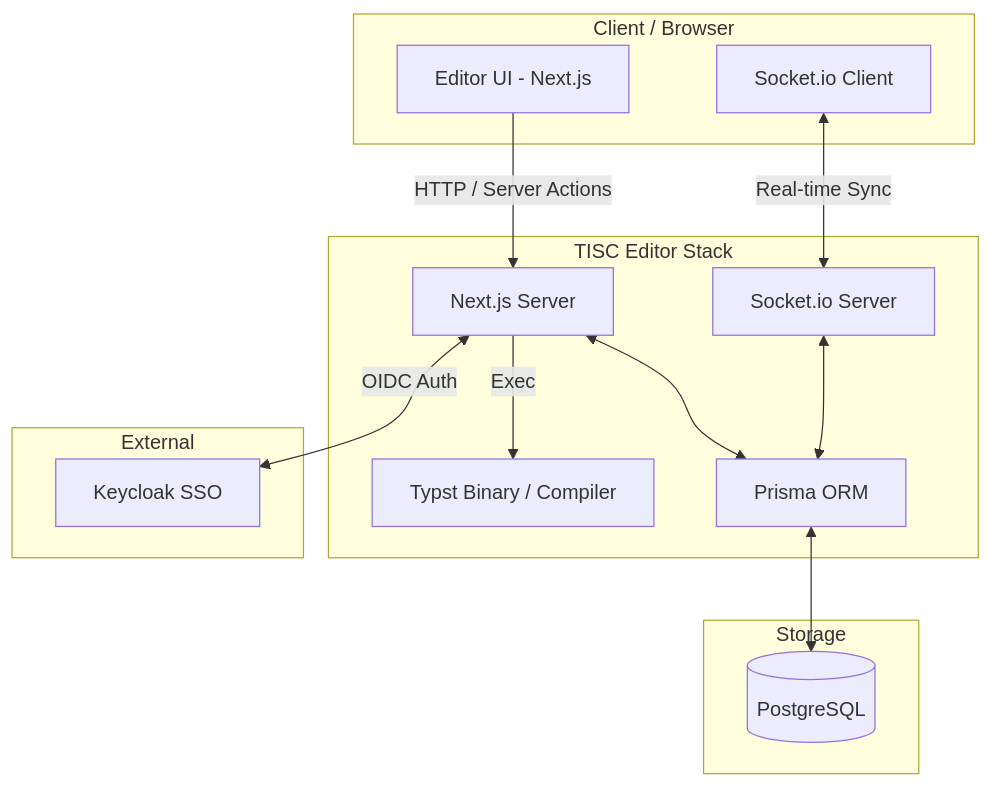
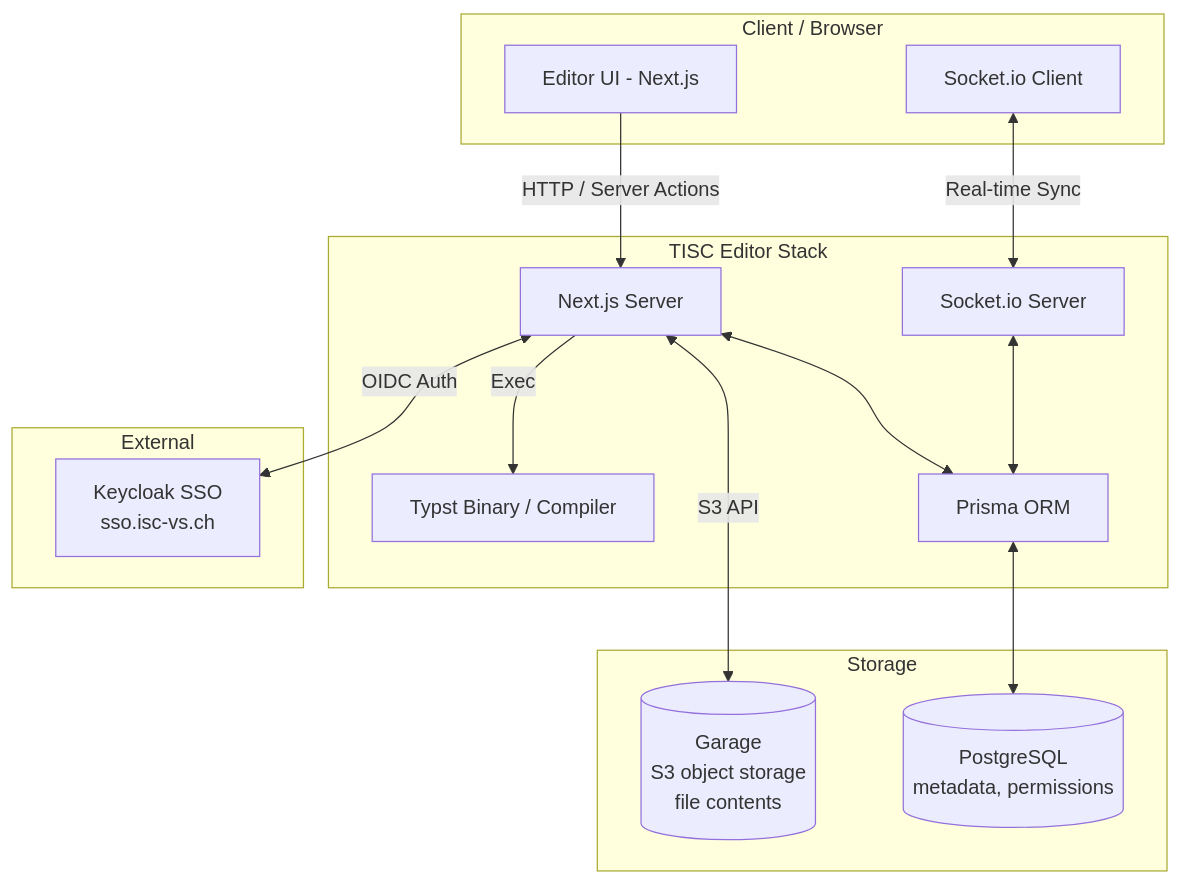
The diagram in README.md (ISC-HEI/tisc-editor), drawn with Mermaid before and after one commit. The commit also changed other lines of this file and 7 other files, not shown here.

````diff
--- a/README.md
+++ b/README.md
@@ -293,31 +307,33 @@
 ```mermaid
 graph TD
     subgraph Client_Side [Client / Browser]
         UI[Editor UI - Next.js]
         SIOC[Socket.io Client]
     end
 
     subgraph Docker_Container [TISC Editor Stack]
         NextJS[Next.js Server]
         SIOS[Socket.io Server]
         Typst[Typst Binary / Compiler]
         Prisma[Prisma ORM]
     end
 
     subgraph Storage
-        DB[(PostgreSQL)]
+        DB[(PostgreSQL<br/>metadata, permissions)]
+        S3[(Garage<br/>S3 object storage<br/>file contents)]
     end
 
     subgraph External
-        SSO[Keycloak SSO]
+        SSO[Keycloak SSO<br/>sso.isc-vs.ch]
     end
 
     %% Interactions
     UI -->|HTTP / Server Actions| NextJS
     SIOC <-->|Real-time Sync| SIOS
     SIOS <--> Prisma
     NextJS <--> Prisma
     Prisma <--> DB
+    NextJS <-->|S3 API| S3
     NextJS -->|Exec| Typst
     NextJS <-->|OIDC Auth| SSO
 ```
````
